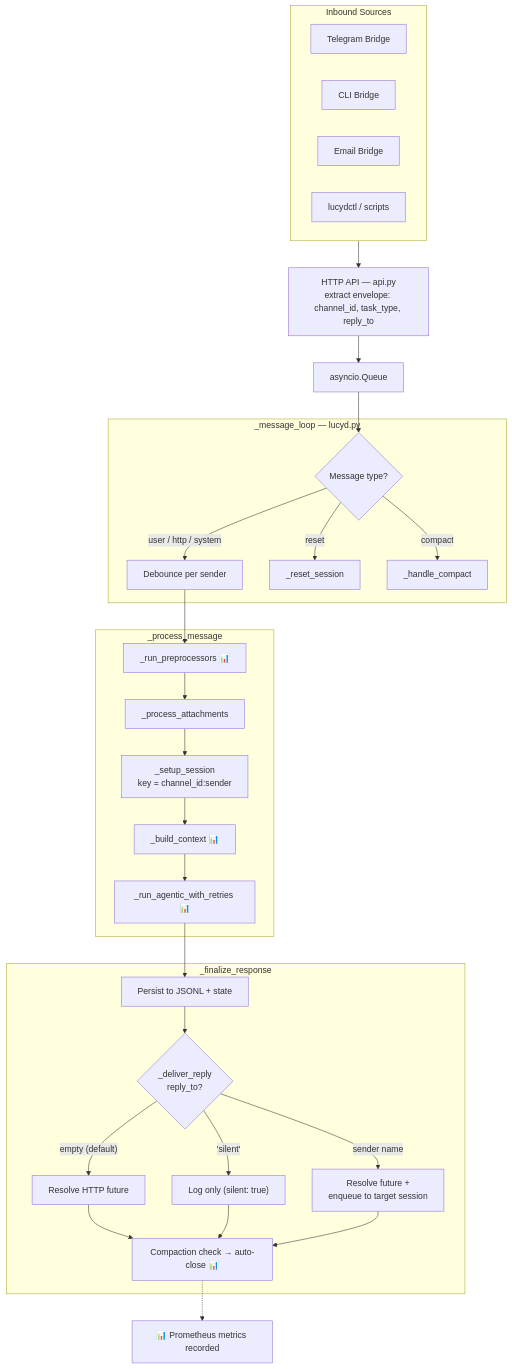
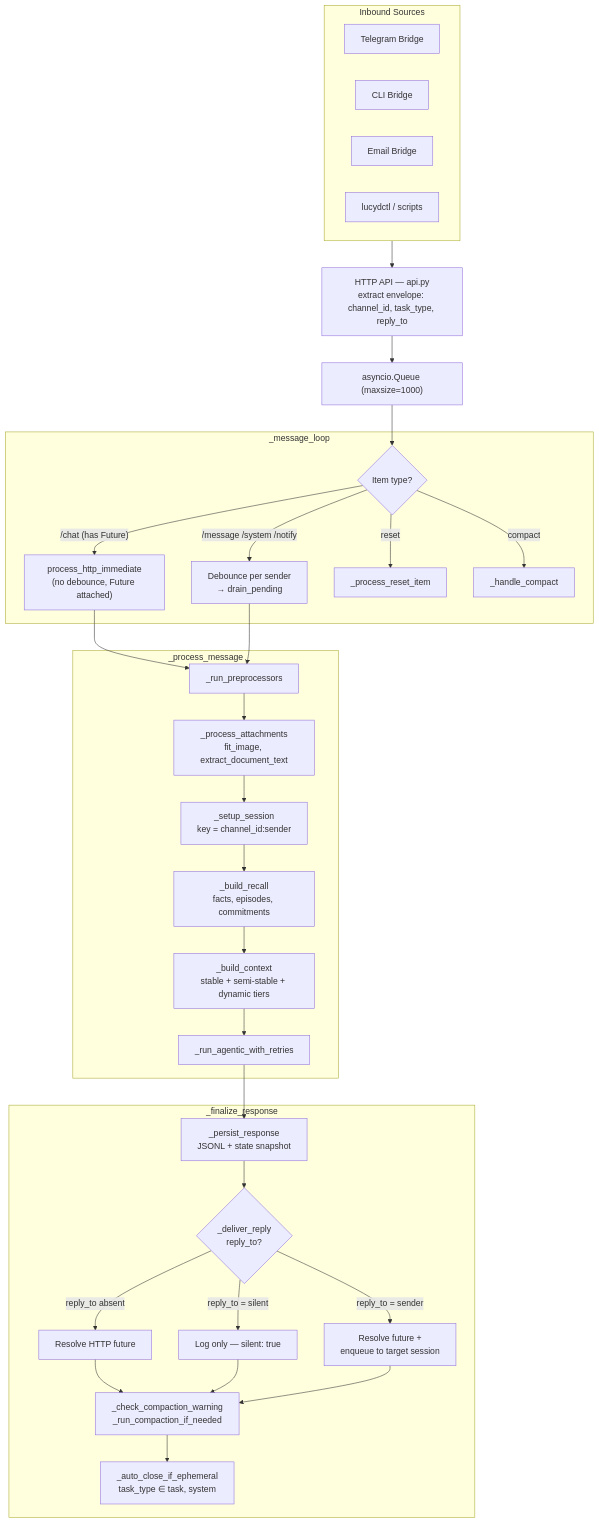
One commit to nicolasforstinger/lucyd changed the first of 10 diagrams in docs/diagrams.md. Above: the diagram before and after it, drawn with Mermaid. The commit also changed other lines of this file and 1 other file, not shown here.

First line of the commit message:
Rewrite diagrams.md and operations.md from code

````diff
--- a/docs/diagrams.md
+++ b/docs/diagrams.md
@@ -11,50 +11,54 @@
 ```mermaid
 flowchart TD
     subgraph Sources["Inbound Sources"]
         TG["Telegram Bridge"]
         CLI["CLI Bridge"]
         EMAIL["Email Bridge"]
         CTL["lucydctl / scripts"]
     end
 
     HTTP["HTTP API — api.py<br/>extract envelope: channel_id, task_type, reply_to"]
-    Q["asyncio.Queue"]
+    Q["asyncio.Queue (maxsize=1000)"]
 
-    subgraph Loop["_message_loop — lucyd.py"]
-        TYPE{"Message type?"}
-        DEB["Debounce per sender"]
-        RESET["_reset_session"]
+    subgraph Loop["_message_loop"]
+        TYPE{"Item type?"}
+        IMMEDIATE["process_http_immediate<br/>(no debounce, Future attached)"]
+        DEB["Debounce per sender<br/>→ drain_pending"]
+        RESET["_process_reset_item"]
         COMPACT["_handle_compact"]
     end
 
     subgraph Process["_process_message"]
-        PREPROC["_run_preprocessors 📊"]
-        ATTACH["_process_attachments"]
+        PREPROC["_run_preprocessors"]
+        ATTACH["_process_attachments<br/>fit_image, extract_document_text"]
         SETUP["_setup_session<br/>key = channel_id:sender"]
-        BUILD["_build_context 📊"]
-        RUN["_run_agentic_with_retries 📊"]
+        RECALL["_build_recall<br/>facts, episodes, commitments"]
+        BUILD["_build_context<br/>stable + semi-stable + dynamic tiers"]
+        RUN["_run_agentic_with_retries"]
     end
 
     subgraph Finalize["_finalize_response"]
-        PERSIST["Persist to JSONL + state"]
+        PERSIST["_persist_response<br/>JSONL + state snapshot"]
         DELIVER{"_deliver_reply<br/>reply_to?"}
         DEFAULT["Resolve HTTP future"]
-        SILENT["Log only (silent: true)"]
+        SILENT["Log only — silent: true"]
         REDIRECT["Resolve future +<br/>enqueue to target session"]
-        POST_HOOKS["Compaction check → auto-close 📊"]
+        COMPACT_CHECK["_check_compaction_warning<br/>_run_compaction_if_needed"]
+        AUTOCLOSE["_auto_close_if_ephemeral<br/>task_type ∈ task, system"]
     end
 
-    METRICS["📊 Prometheus metrics recorded"]
-
     Sources --> HTTP --> Q --> TYPE
-    TYPE -->|"user / http / system"| DEB
+    TYPE -->|"/chat (has Future)"| IMMEDIATE
+    TYPE -->|"/message /system /notify"| DEB
     TYPE -->|reset| RESET
     TYPE -->|compact| COMPACT
 
-    DEB --> PREPROC --> ATTACH --> SETUP --> BUILD --> RUN
+    IMMEDIATE --> PREPROC
+    DEB --> PREPROC
+    PREPROC --> ATTACH --> SETUP --> RECALL --> BUILD --> RUN
     RUN --> PERSIST --> DELIVER
-    DELIVER -->|"empty (default)"| DEFAULT --> POST_HOOKS
-    DELIVER -->|"'silent'"| SILENT --> POST_HOOKS
-    DELIVER -->|"sender name"| REDIRECT --> POST_HOOKS
-    POST_HOOKS -.-> METRICS
+    DELIVER -->|"reply_to absent"| DEFAULT --> COMPACT_CHECK
+    DELIVER -->|"reply_to = silent"| SILENT --> COMPACT_CHECK
+    DELIVER -->|"reply_to = sender"| REDIRECT --> COMPACT_CHECK
+    COMPACT_CHECK --> AUTOCLOSE
 ```
````
